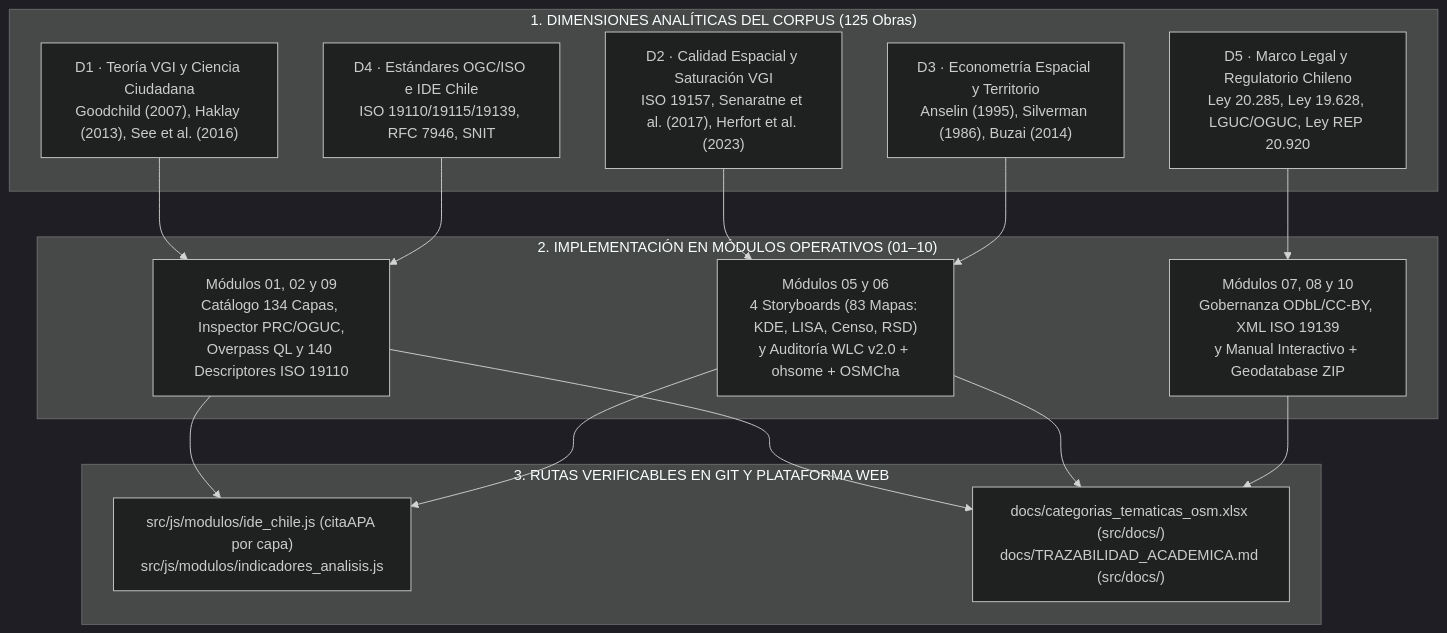
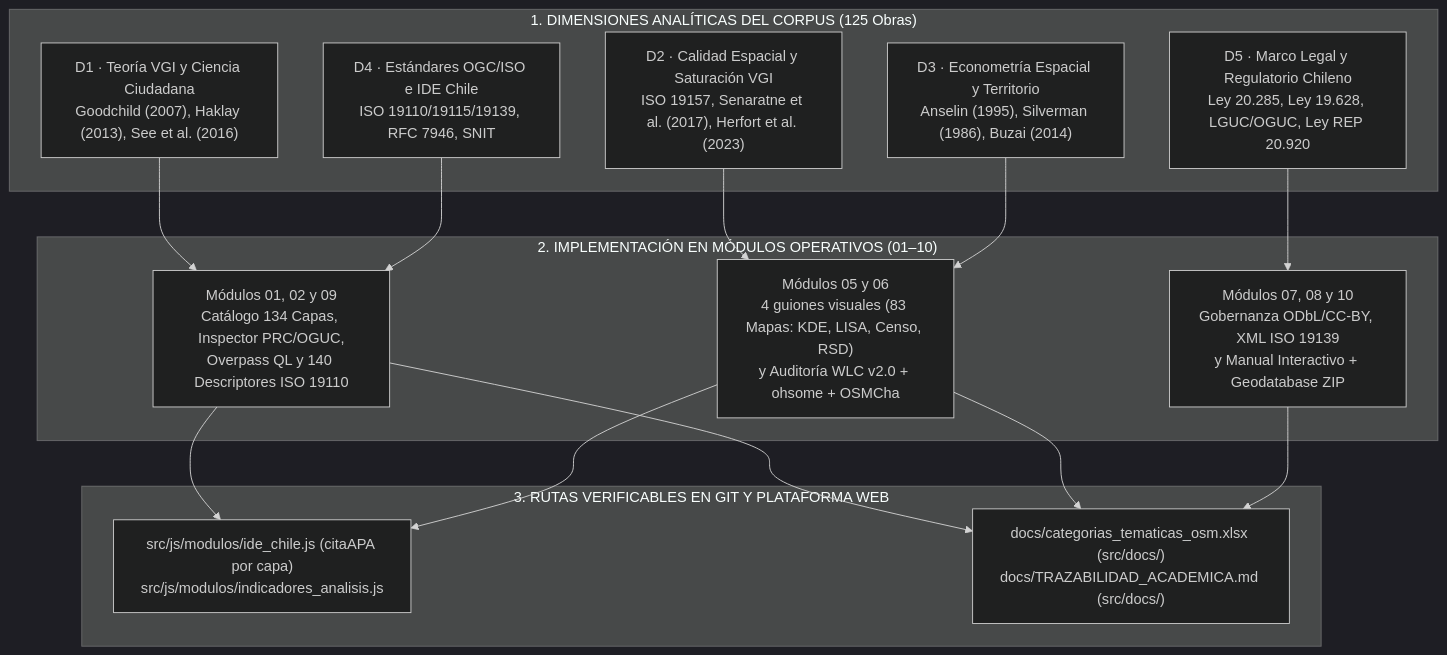
The second of 2 diagrams in src/docs/BIBLIOGRAFIA_SEMINARIO_Y_ATLAS.md (GEOJOTA/atlas-vgi-barrio-brasil), drawn with Mermaid (dark theme) before and after one commit. The commit also changed other lines of this file and 28 other files, not shown here.

````diff
--- a/src/docs/BIBLIOGRAFIA_SEMINARIO_Y_ATLAS.md
+++ b/src/docs/BIBLIOGRAFIA_SEMINARIO_Y_ATLAS.md
@@ -54,25 +54,25 @@
 ```mermaid
 flowchart TD
     subgraph DIM["1. DIMENSIONES ANALÍTICAS DEL CORPUS (125 Obras)"]
         D1["D1 · Teoría VGI y Ciencia Ciudadana<br/>Goodchild (2007), Haklay (2013), See et al. (2016)"]
         D2["D2 · Calidad Espacial y Saturación VGI<br/>ISO 19157, Senaratne et al. (2017), Herfort et al. (2023)"]
         D3["D3 · Econometría Espacial y Territorio<br/>Anselin (1995), Silverman (1986), Buzai (2014)"]
         D4["D4 · Estándares OGC/ISO e IDE Chile<br/>ISO 19110/19115/19139, RFC 7946, SNIT"]
         D5["D5 · Marco Legal y Regulatorio Chileno<br/>Ley 20.285, Ley 19.628, LGUC/OGUC, Ley REP 20.920"]
     end
 
     subgraph MOD["2. IMPLEMENTACIÓN EN MÓDULOS OPERATIVOS (01–10)"]
         M_A["Módulos 01, 02 y 09<br/>Catálogo 134 Capas, Inspector PRC/OGUC,<br/>Overpass QL y 140 Descriptores ISO 19110"]
-        M_B["Módulos 05 y 06<br/>4 Storyboards (83 Mapas: KDE, LISA, Censo, RSD)<br/>y Auditoría WLC v2.0 + ohsome + OSMCha"]
+        M_B["Módulos 05 y 06<br/>4 guiones visuales (83 Mapas: KDE, LISA, Censo, RSD)<br/>y Auditoría WLC v2.0 + ohsome + OSMCha"]
         M_C["Módulos 07, 08 y 10<br/>Gobernanza ODbL/CC-BY, XML ISO 19139<br/>y Manual Interactivo + Geodatabase ZIP"]
     end
 
     subgraph ENT["3. RUTAS VERIFICABLES EN GIT Y PLATAFORMA WEB"]
         R1["src/js/modulos/ide_chile.js (citaAPA por capa)<br/>src/js/modulos/indicadores_analisis.js"]
         R2["docs/categorias_tematicas_osm.xlsx (src/docs/)<br/>docs/TRAZABILIDAD_ACADEMICA.md (src/docs/)"]
     end
 
     D1 & D4 --> M_A --> R1 & R2
     D2 & D3 --> M_B --> R1 & R2
     D5 --> M_C --> R2
 ```
````
